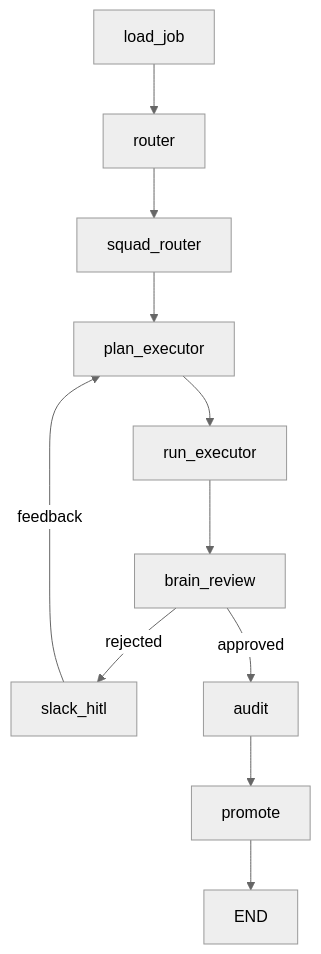
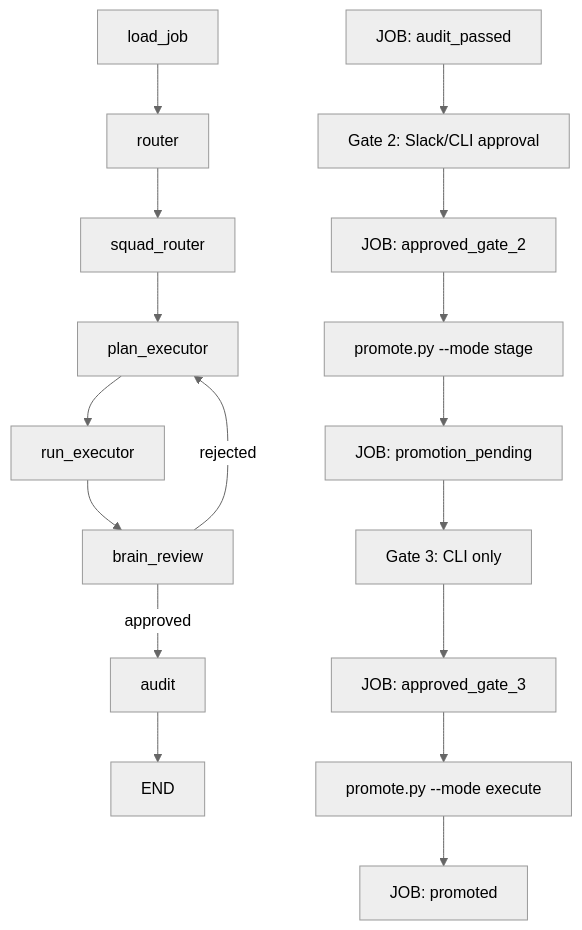
The diagram in README.md (yosuku0/Antigravity_MVP_Architecture), drawn with Mermaid (neutral theme) before and after one commit. The commit also changed other lines of this file and 15 other files, not shown here.

First line of the commit message:
Fix P0 HITL promotion state machine (#1)

````diff
--- a/README.md
+++ b/README.md
@@ -27,13 +27,20 @@
 ```mermaid
 graph TD
     load_job --> router
     router --> squad_router
     squad_router --> plan_executor
     plan_executor --> run_executor
     run_executor --> brain_review
-    brain_review -- "rejected" --> slack_hitl
-    slack_hitl -- "feedback" --> plan_executor
+    brain_review -- "rejected" --> plan_executor
     brain_review -- "approved" --> audit
-    audit --> promote
-    promote --> END
+    audit --> END
+
+    audit_passed["JOB: audit_passed"] --> gate2["Gate 2: Slack/CLI approval"]
+    gate2 --> approved_gate_2["JOB: approved_gate_2"]
+    approved_gate_2 --> stage["promote.py --mode stage"]
+    stage --> promotion_pending["JOB: promotion_pending"]
+    promotion_pending --> gate3["Gate 3: CLI only"]
+    gate3 --> approved_gate_3["JOB: approved_gate_3"]
+    approved_gate_3 --> execute["promote.py --mode execute"]
+    execute --> promoted["JOB: promoted"]
 ```
````
